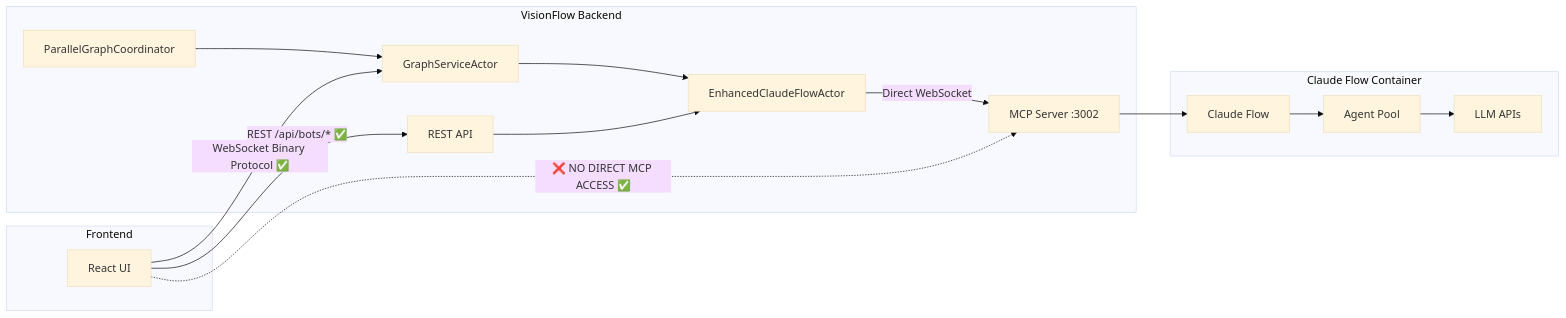
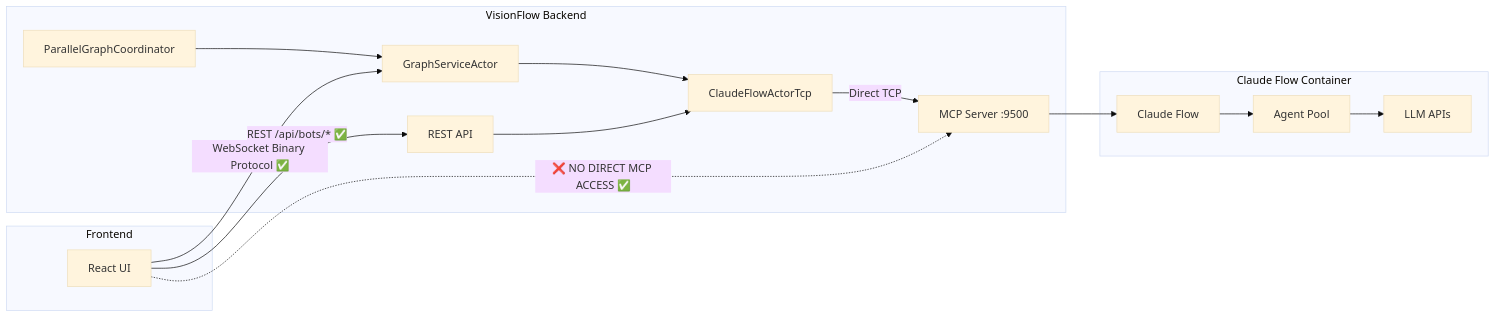
Before and after one commit to DreamLab-AI/VisionFlow: the first of 3 diagrams in docs/architecture/mcp-integration.md, drawn with Mermaid (base theme). The commit also changed other lines of this file and 66 other files, not shown here.

````diff
--- a/docs/architecture/mcp-integration.md
+++ b/docs/architecture/mcp-integration.md
@@ -15,21 +15,21 @@
 ```mermaid
 graph LR
     subgraph "VisionFlow Backend"
-        ECFA[EnhancedClaudeFlowActor] -->|Direct WebSocket| MCP
+        ECFA[ClaudeFlowActorTcp] -->|Direct TCP| MCP
         GSA[GraphServiceActor] --> ECFA
         API[REST API] --> ECFA
         PGC[ParallelGraphCoordinator] --> GSA
     end
 
     subgraph "Claude Flow Container"
-        MCP[MCP Server :3002] --> CF[Claude Flow]
+        MCP[MCP Server :9500] --> CF[Claude Flow]
         CF --> AGENTS[Agent Pool]
         AGENTS --> LLM[LLM APIs]
     end
 
     subgraph "Frontend"
         UI[React UI] -->|REST /api/bots/* ✅| API
         UI -->|WebSocket Binary Protocol ✅| GSA
         UI -.->|❌ NO DIRECT MCP ACCESS ✅| MCP
     end
 ```
````
